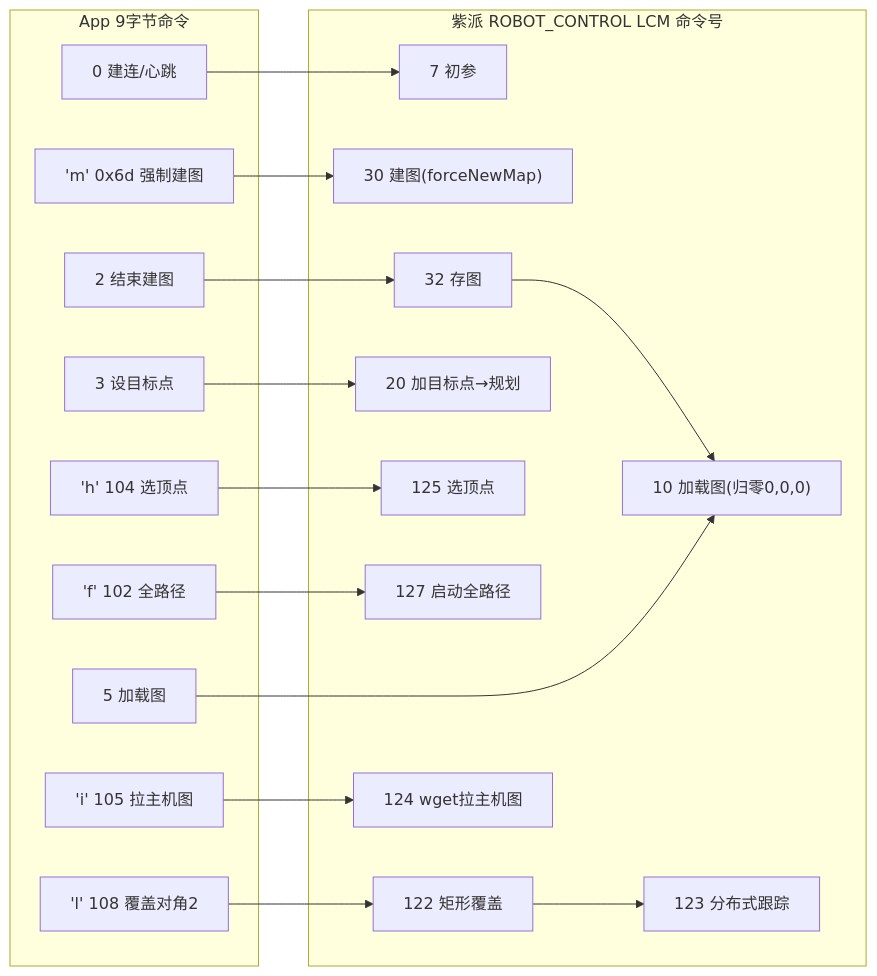
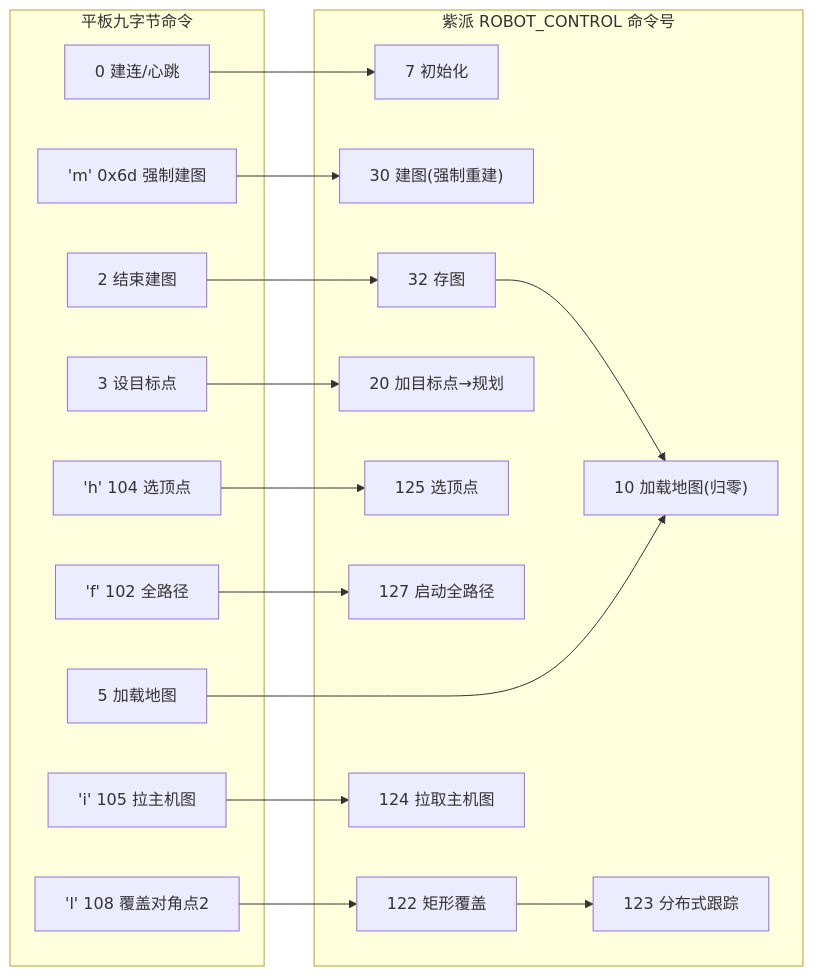
The fourth of 33 diagrams in 竞赛文档/作品设计文档.md (Drahann/OpenHarmonyCar), drawn with Mermaid before and after one commit. The commit also changed other lines of this file and 37 other files, not shown here.

````diff
--- a/竞赛文档/作品设计文档.md
+++ b/竞赛文档/作品设计文档.md
@@ -311,35 +289,35 @@
 ```mermaid
 graph LR
-  subgraph APP["App 9字节命令"]
+  subgraph APP["平板九字节命令"]
     c0["0 建连/心跳"]
     cm["'m' 0x6d 强制建图"]
     c2["2 结束建图"]
     c3["3 设目标点"]
-    c5["5 加载图"]
+    c5["5 加载地图"]
     cf["'f' 102 全路径"]
     ch["'h' 104 选顶点"]
-    cl["'l' 108 覆盖对角2"]
+    cl["'l' 108 覆盖对角点2"]
     ci["'i' 105 拉主机图"]
   end
-  subgraph LCM["紫派 ROBOT_CONTROL LCM 命令号"]
-    L7["7 初参"]
-    L30["30 建图(forceNewMap)"]
+  subgraph LCM["紫派 ROBOT_CONTROL 命令号"]
+    L7["7 初始化"]
+    L30["30 建图(强制重建)"]
     L32["32 存图"]
-    L10["10 加载图(归零0,0,0)"]
+    L10["10 加载地图(归零)"]
     L20["20 加目标点→规划"]
     L125["125 选顶点"]
     L127["127 启动全路径"]
     L122["122 矩形覆盖"]
     L123["123 分布式跟踪"]
-    L124["124 wget拉主机图"]
+    L124["124 拉取主机图"]
   end
   c0 --> L7
   cm --> L30
   c2 --> L32 --> L10
   c3 --> L20
   c5 --> L10
   cf --> L127
   ch --> L125
   cl --> L122 --> L123
   ci --> L124
 ```
````
